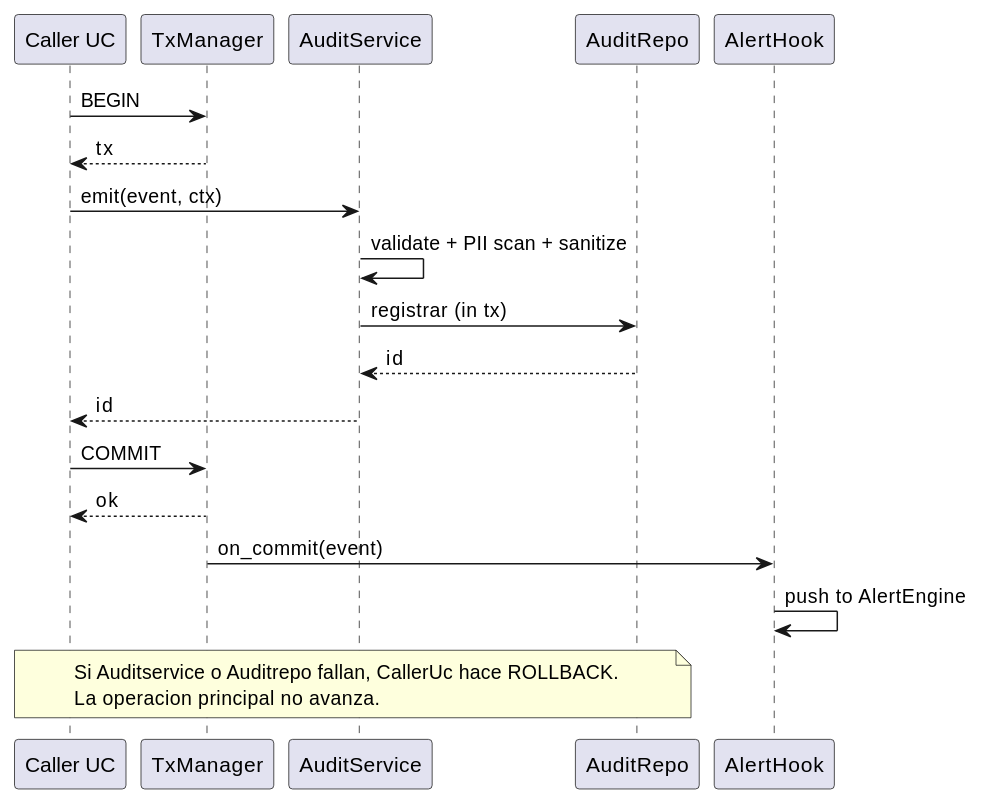
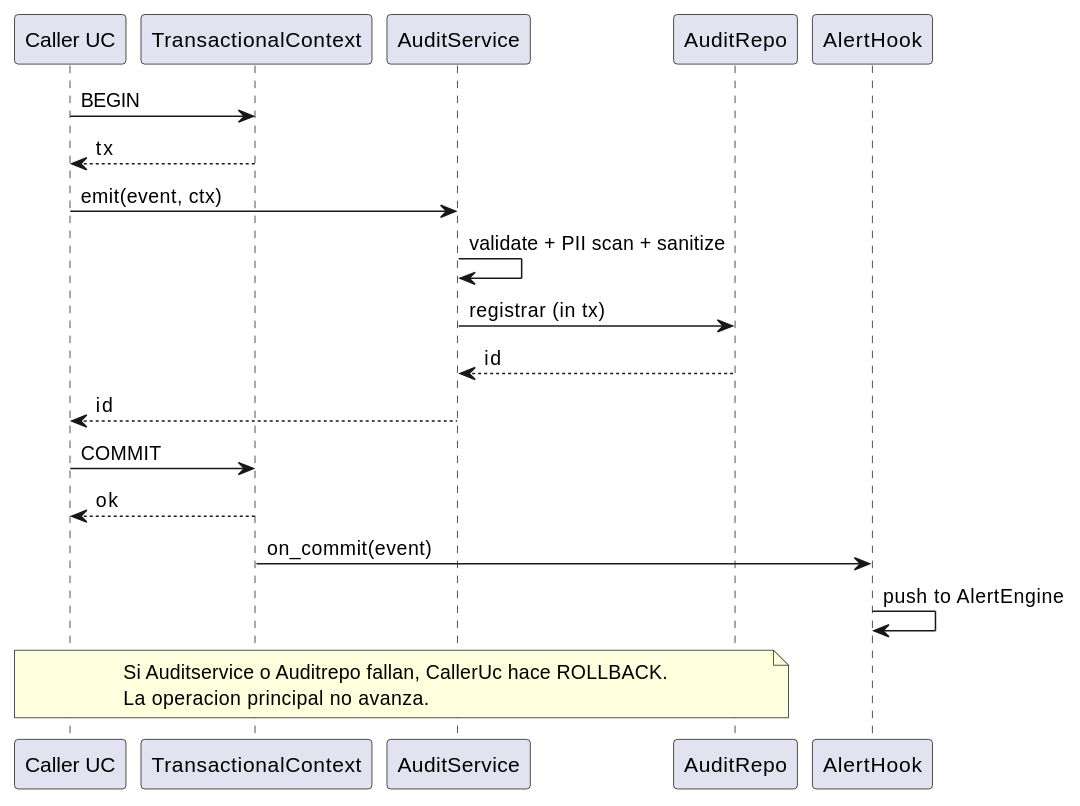
Before and after one commit to jcg-admin/IACT-docs: the diagram in source/requisitos/casos-uso/permissions/uc-perm-09/diagramas-uml/diagrama-de-secuencia-p-09.rst, drawn with PlantUML. The commit also changed 2 other files, not shown here.

Commit message:
Rename non-API Manager classes (WP-E 12-13/13)
Per CLEAN_CODE §6.2: Manager is Django ORM mechanism suffix,
prohibited for class names except when it IS the Django ORM
public API.

Renamed:
- AccessGroupManager -> AccessGroupQueryRepository (was
  Django ORM Manager with custom queryset methods system()
  and custom(); domain role is query repository)
- AlertManager -> AlertOperationsCoordinator (in plantilla)
- TxManager -> TransactionalContext (plantuml alias)

Preserved: TransactionManager (real Django ORM
transaction.atomic() public API; vocabulary external to
project).

Refs: WP-E, CLEAN_CODE §6.2

```diff
--- a/source/requisitos/casos-uso/permissions/uc-perm-09/diagramas-uml/diagrama-de-secuencia-p-09.rst
+++ b/source/requisitos/casos-uso/permissions/uc-perm-09/diagramas-uml/diagrama-de-secuencia-p-09.rst
@@ -4,29 +4,29 @@
 .. uml::
  :caption: UC_PERM_09 — audit-or-abort
 
  @startuml
 
  participant "Caller UC" as CallerUc
- participant "TxManager" as Txmanager
+ participant "TransactionalContext" as Txmanager
  participant "AuditService" as Auditservice
  participant "AuditRepo" as Auditrepo
  participant "AlertHook" as Alerthook
 
  CallerUc -> Txmanager: BEGIN
  Txmanager --> CallerUc: tx
  CallerUc -> Auditservice: emit(event, ctx)
  Auditservice -> Auditservice: validate + PII scan + sanitize
  Auditservice -> Auditrepo: registrar (in tx)
  Auditrepo --> Auditservice: id
  Auditservice --> CallerUc: id
  CallerUc -> Txmanager: COMMIT
  Txmanager --> CallerUc: ok
  Txmanager -> Alerthook: on_commit(event)
  Alerthook -> Alerthook: push to AlertEngine
 
  note over CallerUc, Auditrepo
    Si Auditservice o Auditrepo fallan, CallerUc hace ROLLBACK.
    La operacion principal no avanza.
  end note
 
  @enduml
```
